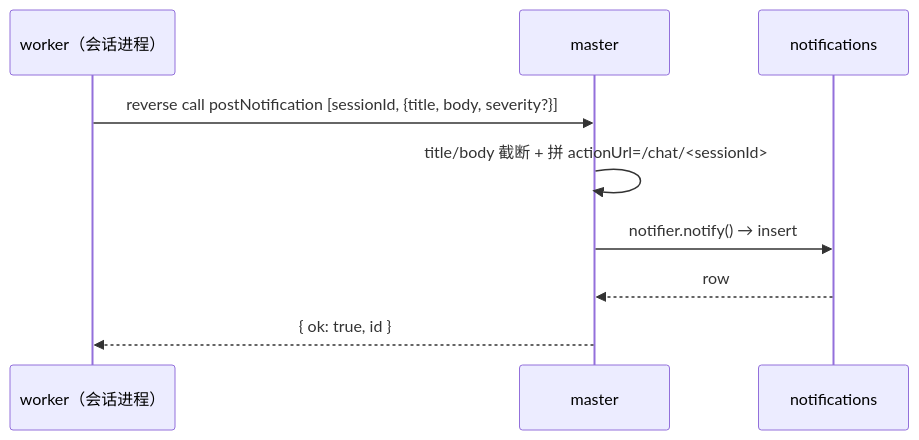
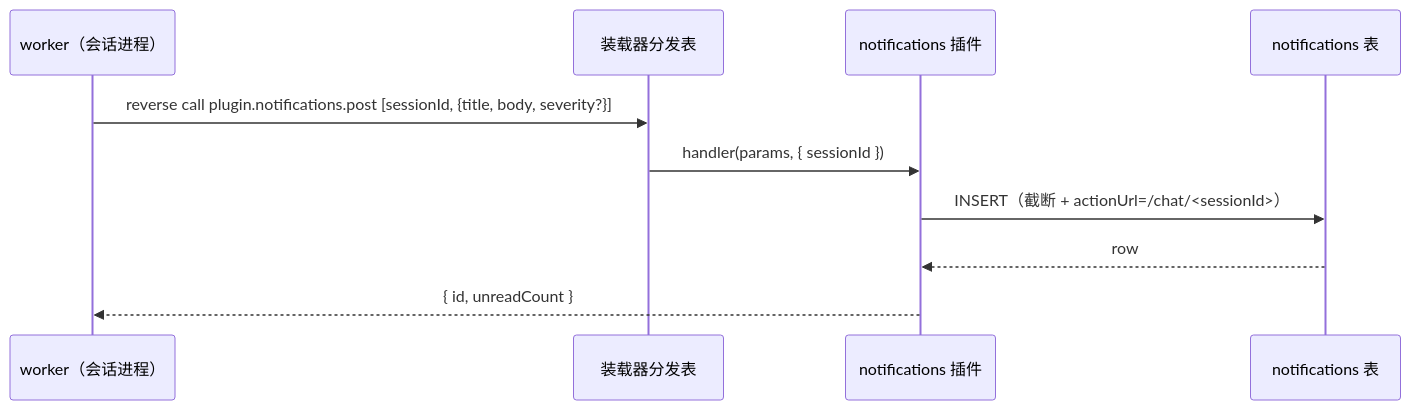
Before and after one commit to shinexsf/pi-agent-platform: the second of 2 diagrams in doc/architecture/pi-agent-server_notifications.md, drawn with Mermaid. The commit also changed other lines of this file and 4 other files, not shown here.

First line of the commit message:
docs(architecture): 通知改为 bundled 插件 + R11 顶栏动作扩展点

````diff
--- a/doc/architecture/pi-agent-server_notifications.md
+++ b/doc/architecture/pi-agent-server_notifications.md
@@ -96,11 +83,12 @@
 ```mermaid
 sequenceDiagram
   participant W as worker（会话进程）
-  participant M as master
-  participant DB as notifications
-  W->>M: reverse call postNotification [sessionId, {title, body, severity?}]
-  M->>M: title/body 截断 + 拼 actionUrl=/chat/<sessionId>
-  M->>DB: notifier.notify() → insert
-  DB-->>M: row
-  M-->>W: { ok: true, id }
+  participant L as 装载器分发表
+  participant P as notifications 插件
+  participant DB as notifications 表
+  W->>L: reverse call plugin.notifications.post [sessionId, {title, body, severity?}]
+  L->>P: handler(params, { sessionId })
+  P->>DB: INSERT（截断 + actionUrl=/chat/<sessionId>）
+  DB-->>P: row
+  P-->>W: { id, unreadCount }
 ```
````
